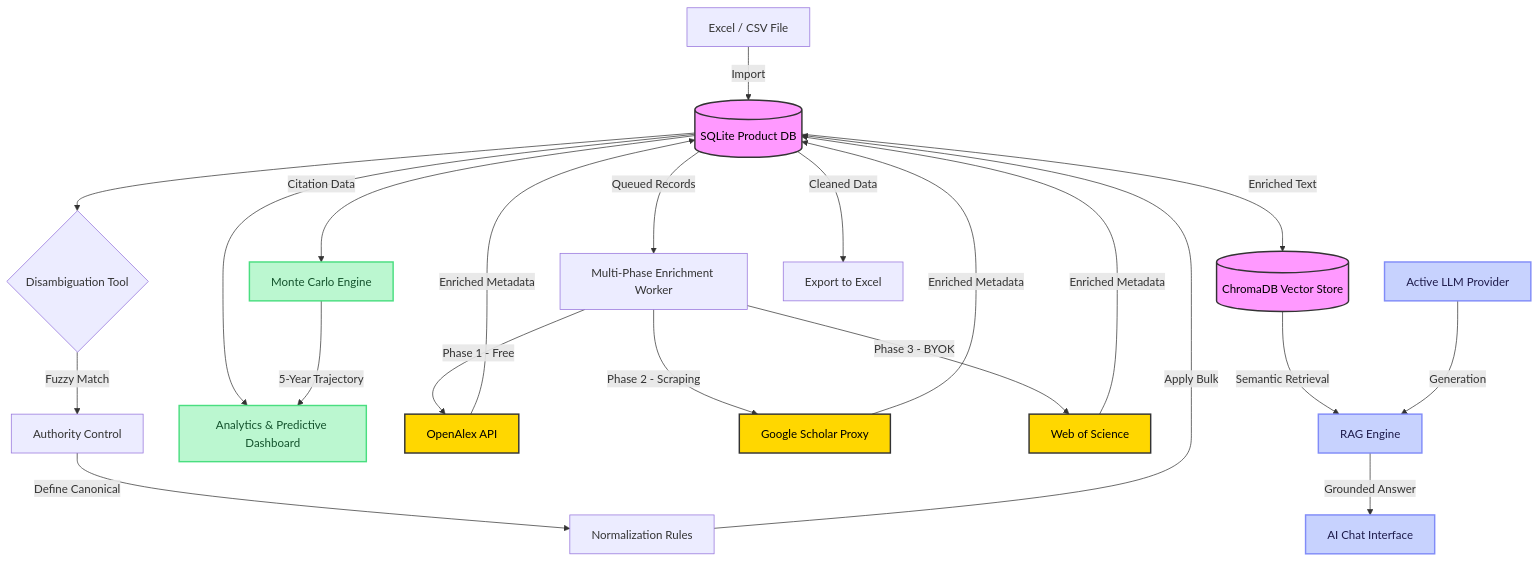
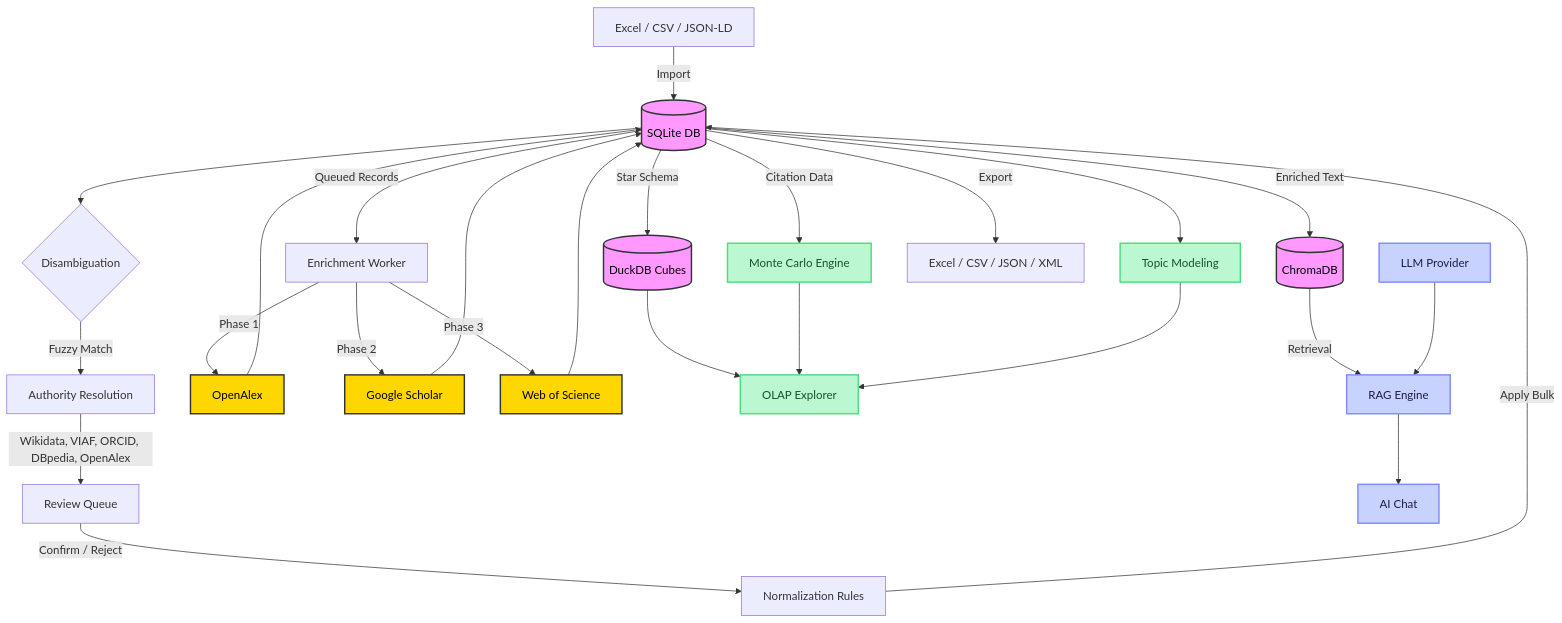
One commit to keilynrp/Database-deambiguator changed the diagram in README.md. Above: the diagram before and after it, drawn with Mermaid. The commit also changed other lines of this file, not shown here.

````diff
--- a/README.md
+++ b/README.md
@@ -150,34 +168,38 @@
 ```mermaid
 graph TD
-    A[Excel / CSV File] -->|Import| B[(SQLite Product DB)]
-    B --> C{Disambiguation Tool}
-    C -->|Fuzzy Match| D[Authority Control]
-    D -->|Define Canonical| E[Normalization Rules]
-    E -->|Apply Bulk| B
-    B --> F[Analytics & Predictive Dashboard]
+    A[Excel / CSV / JSON-LD] -->|Import| B[(SQLite DB)]
+    B --> C{Disambiguation}
+    C -->|Fuzzy Match| D[Authority Resolution]
+    D -->|Wikidata, VIAF, ORCID, DBpedia, OpenAlex| E[Review Queue]
+    E -->|Confirm / Reject| F[Normalization Rules]
+    F -->|Apply Bulk| B
 
-    B -->|Queued Records| H[Multi-Phase Enrichment Worker]
-    H -->|Phase 1 - Free| I[OpenAlex API]
-    H -->|Phase 2 - Scraping| J[Google Scholar Proxy]
-    H -->|Phase 3 - BYOK| K[Web of Science]
-    I & J & K -->|Enriched Metadata| B
+    B -->|Queued Records| H[Enrichment Worker]
+    H -->|Phase 1| I[OpenAlex]
+    H -->|Phase 2| J[Google Scholar]
+    H -->|Phase 3| K[Web of Science]
+    I & J & K --> B
 
+    B -->|Star Schema| OLAP[(DuckDB Cubes)]
+    OLAP --> AN[OLAP Explorer]
     B -->|Citation Data| MC[Monte Carlo Engine]
-    MC -->|5-Year Trajectory| F
+    MC --> AN
+    B --> TM[Topic Modeling]
+    TM --> AN
 
-    B -->|Enriched Text| VDB[(ChromaDB Vector Store)]
-    VDB -->|Semantic Retrieval| RAG[RAG Engine]
-    RAG -->|Grounded Answer| CHAT[AI Chat Interface]
-    LLM[Active LLM Provider] -->|Generation| RAG
+    B -->|Enriched Text| VDB[(ChromaDB)]
+    VDB -->|Retrieval| RAG[RAG Engine]
+    LLM[LLM Provider] --> RAG
+    RAG --> CHAT[AI Chat]
 
-    B -->|Cleaned Data| G[Export to Excel]
+    B -->|Export| G[Excel / CSV / JSON / XML]
 
     classDef db fill:#f9f,color:#000,stroke:#333,stroke-width:2px;
-    class B,VDB db;
+    class B,VDB,OLAP db;
     classDef api fill:#ffd700,color:#000,stroke:#333,stroke-width:2px;
     class I,J,K api;
     classDef ai fill:#c7d2fe,color:#1e1b4b,stroke:#818cf8,stroke-width:2px;
     class RAG,LLM,CHAT ai;
     classDef analytics fill:#bbf7d0,color:#14532d,stroke:#4ade80,stroke-width:2px;
-    class MC,F analytics;
+    class MC,AN,TM analytics;
 ```
````
